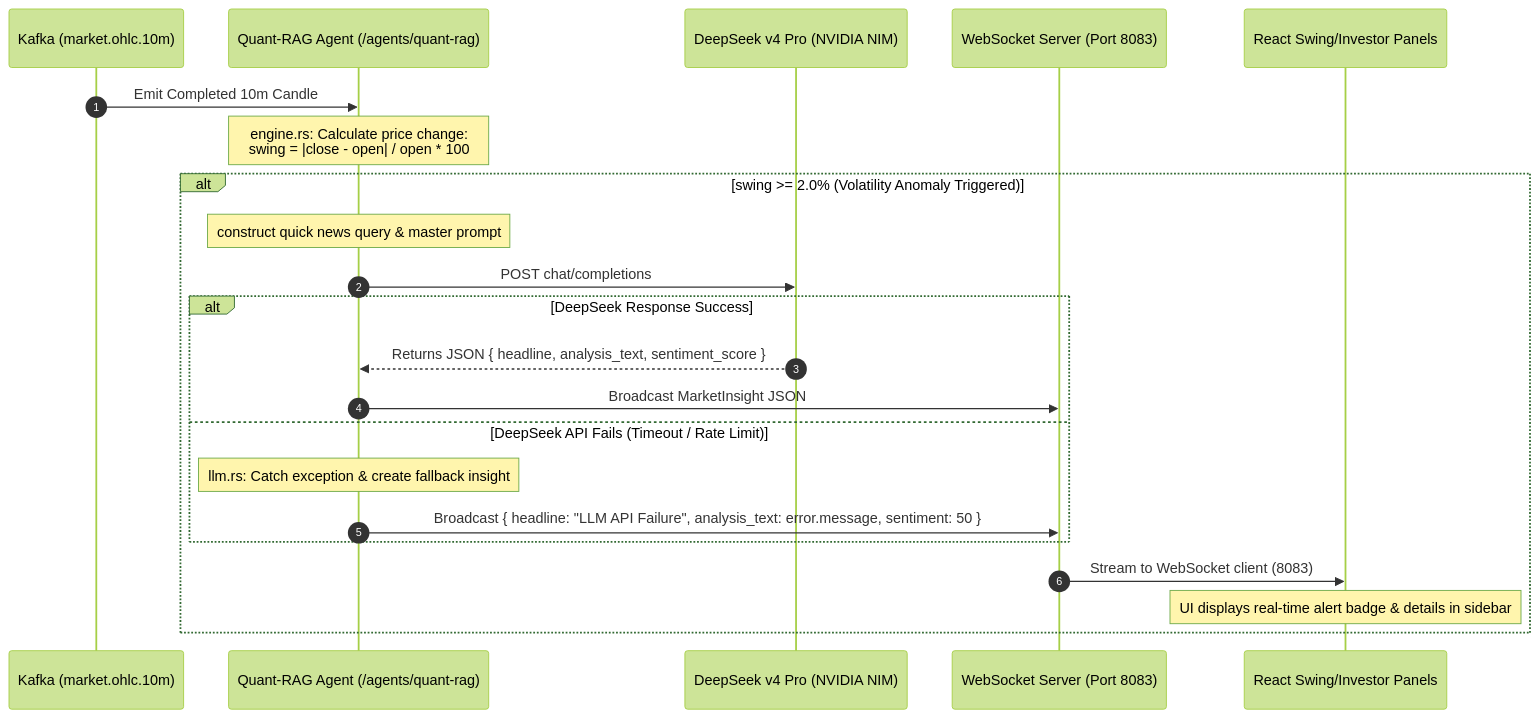
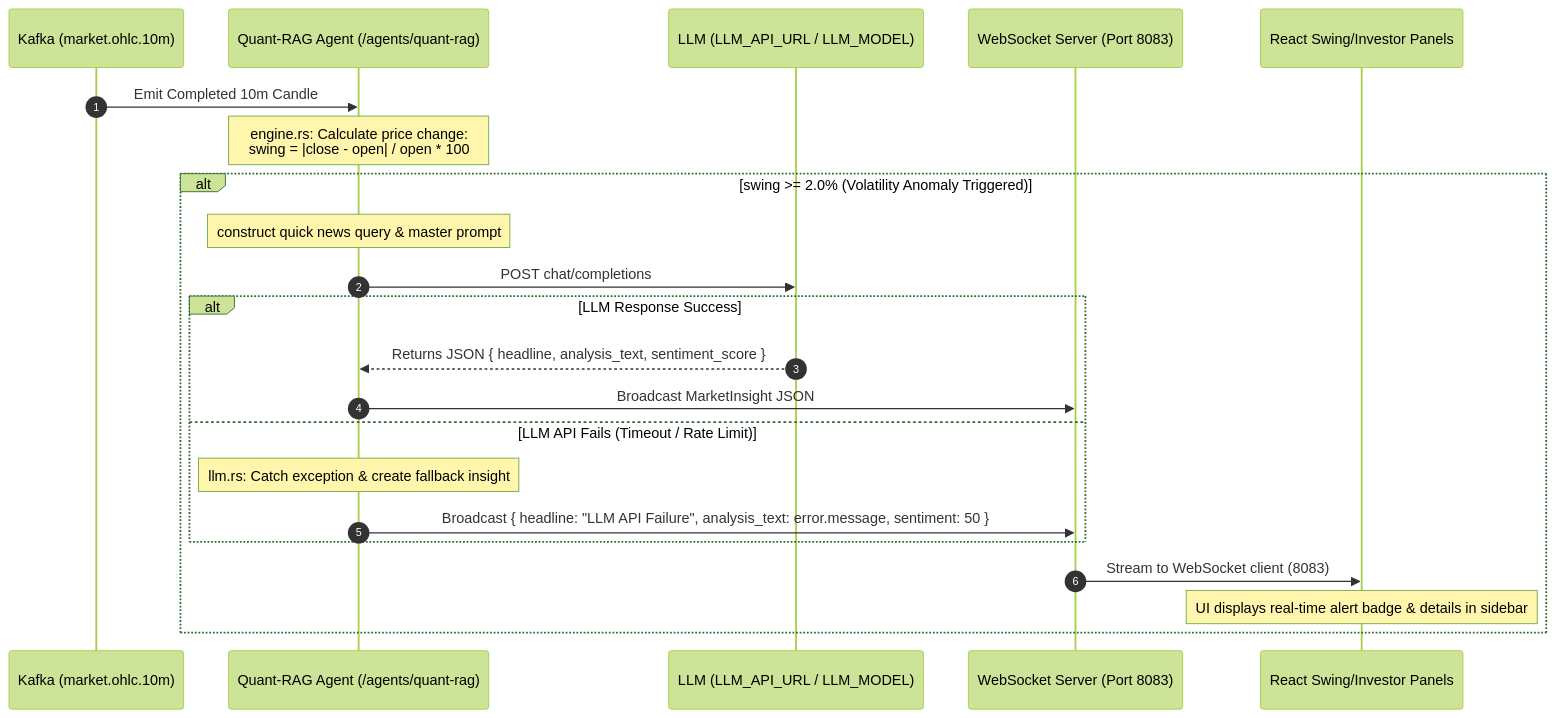
The seventh of 8 diagrams in docs/system_architecture_and_data_flows.md (6829nkhpas/Ai-trader), drawn with Mermaid (forest theme) before and after one commit. The commit also changed other lines of this file and 20 other files, not shown here.

````diff
--- a/docs/system_architecture_and_data_flows.md
+++ b/docs/system_architecture_and_data_flows.md
@@ -271,28 +271,28 @@
 ```mermaid
 sequenceDiagram
     autonumber
     participant Kafka as Kafka (market.ohlc.10m)
     participant RAG as Quant-RAG Agent (/agents/quant-rag)
-    participant DeepSeek as DeepSeek v4 Pro (NVIDIA NIM)
+    participant LLM as LLM (LLM_API_URL / LLM_MODEL)
     participant WS as WebSocket Server (Port 8083)
     participant UI as React Swing/Investor Panels
 
     Kafka->>RAG: Emit Completed 10m Candle
     Note over RAG: engine.rs: Calculate price change:<br/> swing = |close - open| / open * 100
     
     alt swing >= 2.0% (Volatility Anomaly Triggered)
         Note over RAG: construct quick news query & master prompt
-        RAG->>DeepSeek: POST chat/completions
+        RAG->>LLM: POST chat/completions
         
-        alt DeepSeek Response Success
-            DeepSeek-->>RAG: Returns JSON { headline, analysis_text, sentiment_score }
+        alt LLM Response Success
+            LLM-->>RAG: Returns JSON { headline, analysis_text, sentiment_score }
             RAG->>WS: Broadcast MarketInsight JSON
-        else DeepSeek API Fails (Timeout / Rate Limit)
+        else LLM API Fails (Timeout / Rate Limit)
             Note over RAG: llm.rs: Catch exception & create fallback insight
             RAG->>WS: Broadcast { headline: "LLM API Failure", analysis_text: error.message, sentiment: 50 }
         end
         
         WS->>UI: Stream to WebSocket client (8083)
         Note over UI: UI displays real-time alert badge & details in sidebar
     end
 ```
````
